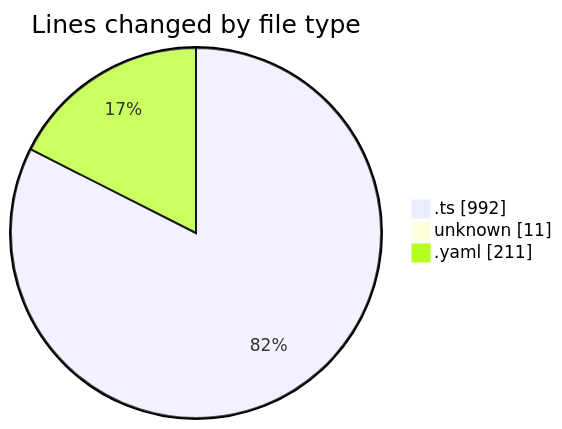
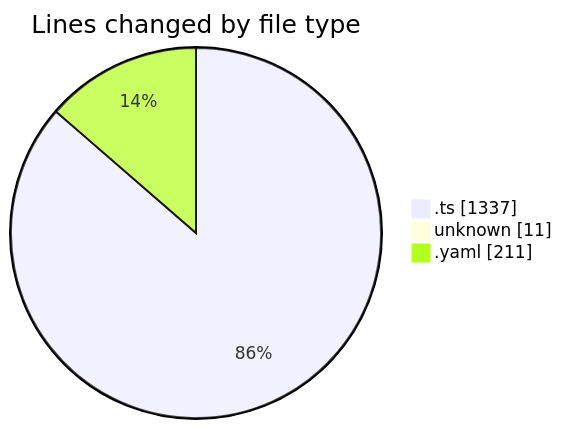
One commit to mevix1/code-tracking changed the first of 2 diagrams in 2025-10-01/oura-api/README.md. Above: the diagram before and after it, drawn with Mermaid. The commit also changed other lines of this file and 1 other file, not shown here.

````diff
--- a/2025-10-01/oura-api/README.md
+++ b/2025-10-01/oura-api/README.md
@@ -26,7 +30,7 @@
 ```mermaid
 pie showData
 title Lines changed by file type
-".ts" : 992
+".ts" : 1337
 "unknown" : 11
 ".yaml" : 211
 ```
````
